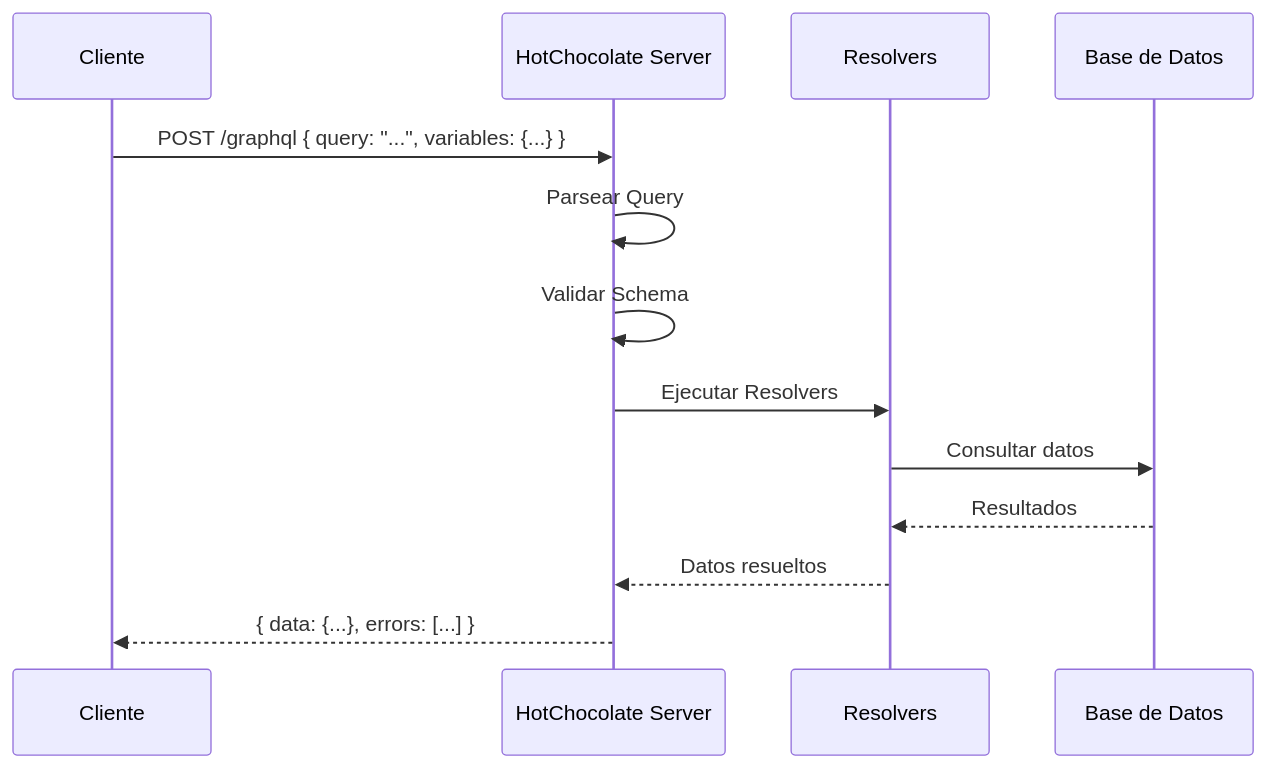
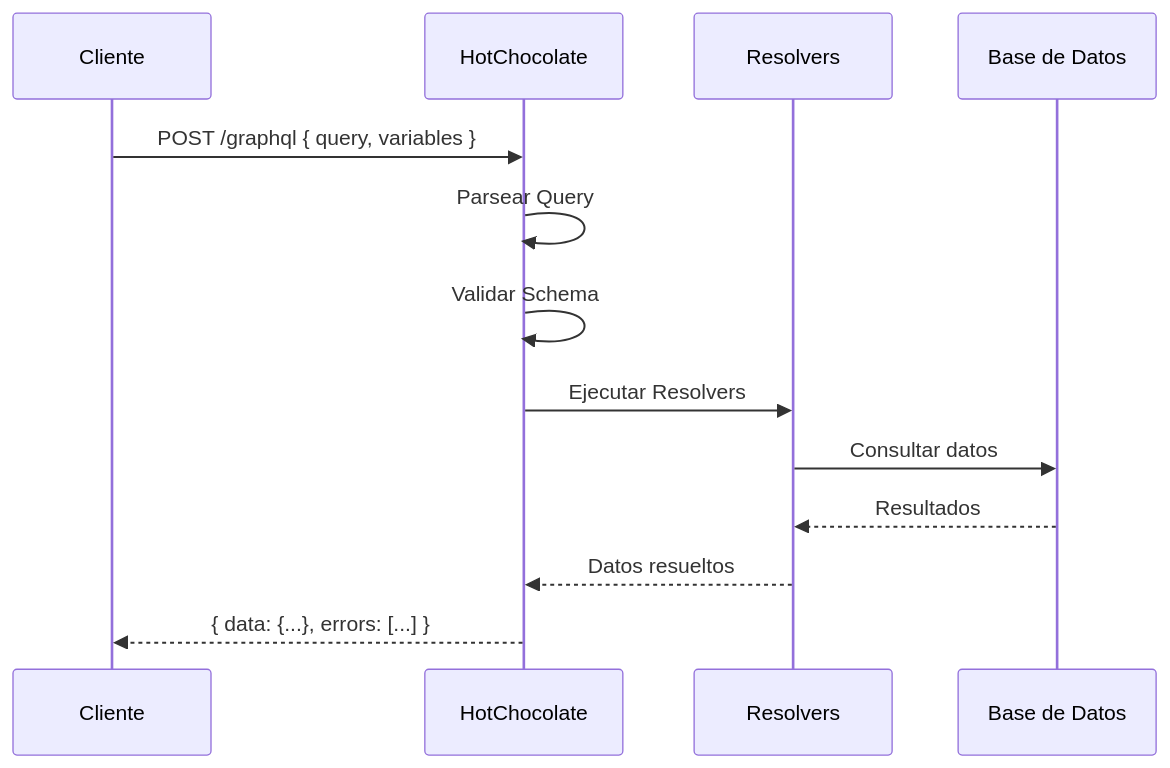
Before and after one commit to joseluisgs/DesarrolloWebEntornosServidor-02-2026-2027: the fourth of 10 diagrams in 19-graphql.md, drawn with Mermaid. The commit also changed other lines of this file and 1 other file, not shown here.

Commit message:
Reorder sections in README.md: moved "Apis con GraphQL", "Logging", and "Email Services" to correct positions

````diff
--- a/19-graphql.md
+++ b/19-graphql.md
@@ -173,16 +220,16 @@
 ```mermaid
 sequenceDiagram
     participant C as Cliente
-    participant S as HotChocolate Server
+    participant S as HotChocolate
     participant R as Resolvers
     participant D as Base de Datos
-    
-    C->>S: POST /graphql { query: "...", variables: {...} }
+
+    C->>S: POST /graphql { query, variables }
     S->>S: Parsear Query
     S->>S: Validar Schema
     S->>R: Ejecutar Resolvers
     R->>D: Consultar datos
     D-->>R: Resultados
     R-->>S: Datos resueltos
     S-->>C: { data: {...}, errors: [...] }
 ```
````
